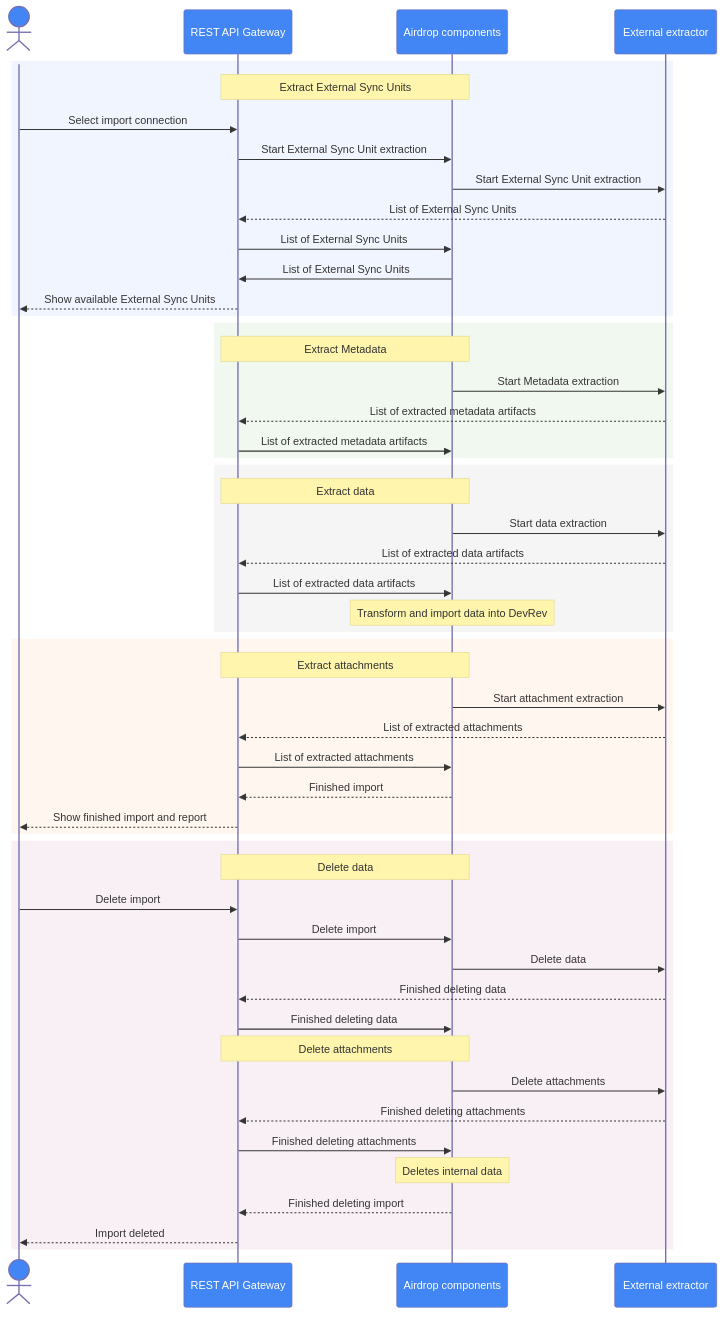
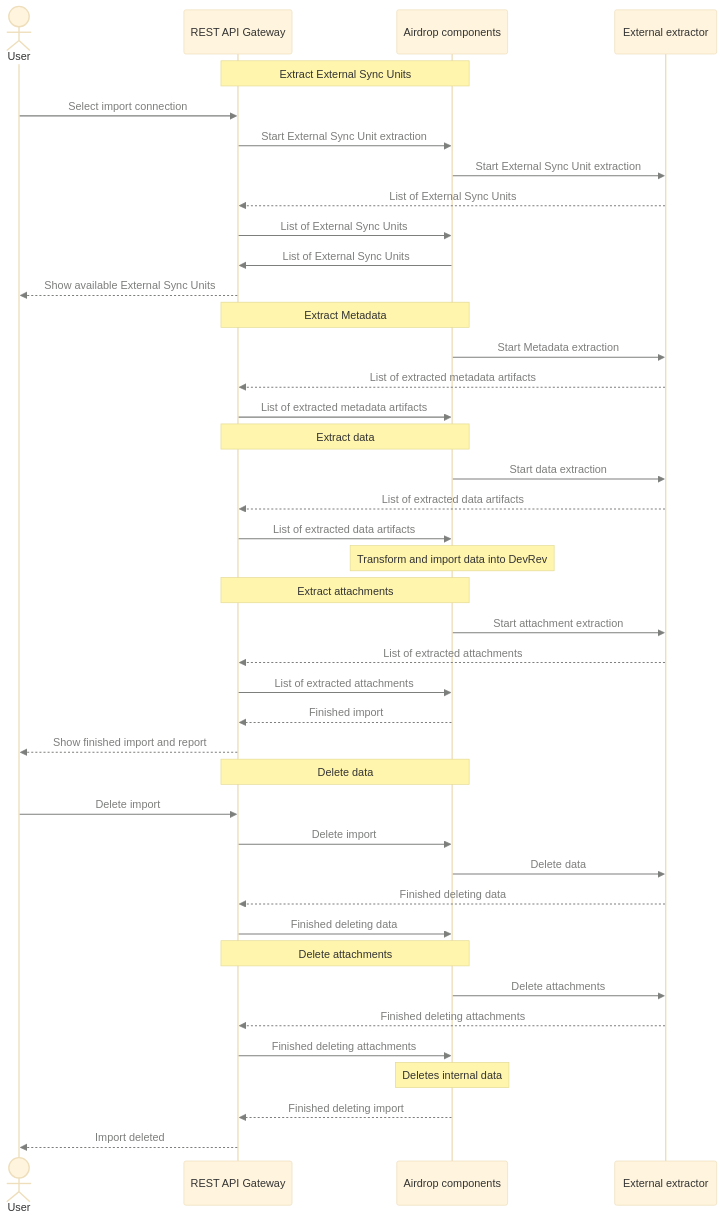
Before and after one commit to devrev/fern-api-docs: the diagram in fern/docs/pages/airdrop/extraction-phases.mdx, drawn with Mermaid. The commit also changed 1 other file, not shown here.

Commit message:
Revert diagram change

````diff
--- a/fern/docs/pages/airdrop/extraction-phases.mdx
+++ b/fern/docs/pages/airdrop/extraction-phases.mdx
@@ -10,74 +10,59 @@
 ```mermaid
 sequenceDiagram
 %%{init: {
     'theme': 'base',
     'themeVariables': {
         'fontFamily': 'Segoe UI',
-        'primaryColor': '#4285F4',
-        'primaryTextColor': '#fff',
-        'primaryBorderColor': '#7570b3',
-        'lineColor': '#363535',
-        'secondaryColor': '#f8f8f8',
-        'tertiaryColor': '#f4f4f4',
-        'signalColor': '#363535',
-        'signalTextColor': '#363535'
+        'signalColor': '#7d7f7c',
+        'signalTextColor': '#7d7f7c'
 }}}%%
   actor user as User
   participant gw as REST API Gateway
   participant ad as Airdrop components
   participant ee as External extractor
 
-  rect rgb(240, 245, 255)
-  note over gw,ad: Extract External Sync Units
+	note over gw,ad: Extract External Sync Units
 	user ->> gw: Select import connection
 	gw ->> ad: Start External Sync Unit extraction
 	ad ->> ee: Start External Sync Unit extraction
 	ee -->> gw: List of External Sync Units
 	gw ->> ad: List of External Sync Units
 	ad ->> gw: List of External Sync Units
 	gw -->> user: Show available External Sync Units
-  end
 
-  rect rgb(240, 248, 240)
+
 	note over gw,ad: Extract Metadata
 	ad ->> ee: Start Metadata extraction
 	ee -->> gw: List of extracted metadata artifacts
 	gw ->> ad: List of extracted metadata artifacts
-  end
 
-  rect rgb(245, 245, 245)
 	note over gw,ad: Extract data
 	ad ->> ee: Start data extraction
 	ee -->> gw: List of extracted data artifacts
 	gw ->> ad: List of extracted data artifacts
 
 	note over ad: Transform and import data into DevRev
-  end
 
-  rect rgb(255, 246, 240)
 	note over gw,ad: Extract attachments
 	ad ->> ee: Start attachment extraction
 	ee -->> gw: List of extracted attachments
 	gw ->> ad: List of extracted attachments
 
 	ad -->> gw: Finished import
 	gw -->> user: Show finished import and report
-  end
 
-  rect rgb(248, 240, 245)
 	note over gw,ad: Delete data
 	user ->> gw: Delete import
 	gw ->> ad: Delete import
 	ad ->> ee: Delete data
 	ee -->> gw: Finished deleting data
 	gw ->> ad: Finished deleting data
 
 	note over gw,ad: Delete attachments
 	ad ->> ee: Delete attachments
 	ee -->> gw: Finished deleting attachments
 	gw ->> ad: Finished deleting attachments
 	note over ad: Deletes internal data
 	ad -->> gw: Finished deleting import
 	gw -->> user: Import deleted
-  end
 ```
````
